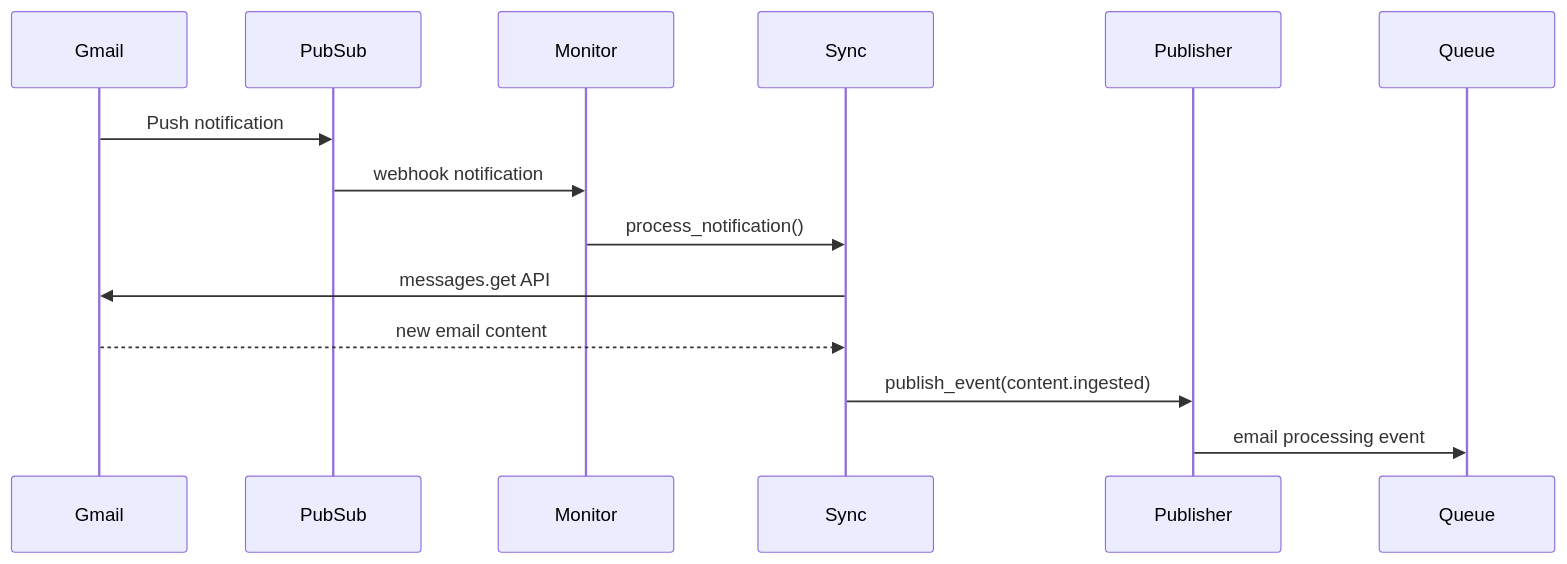
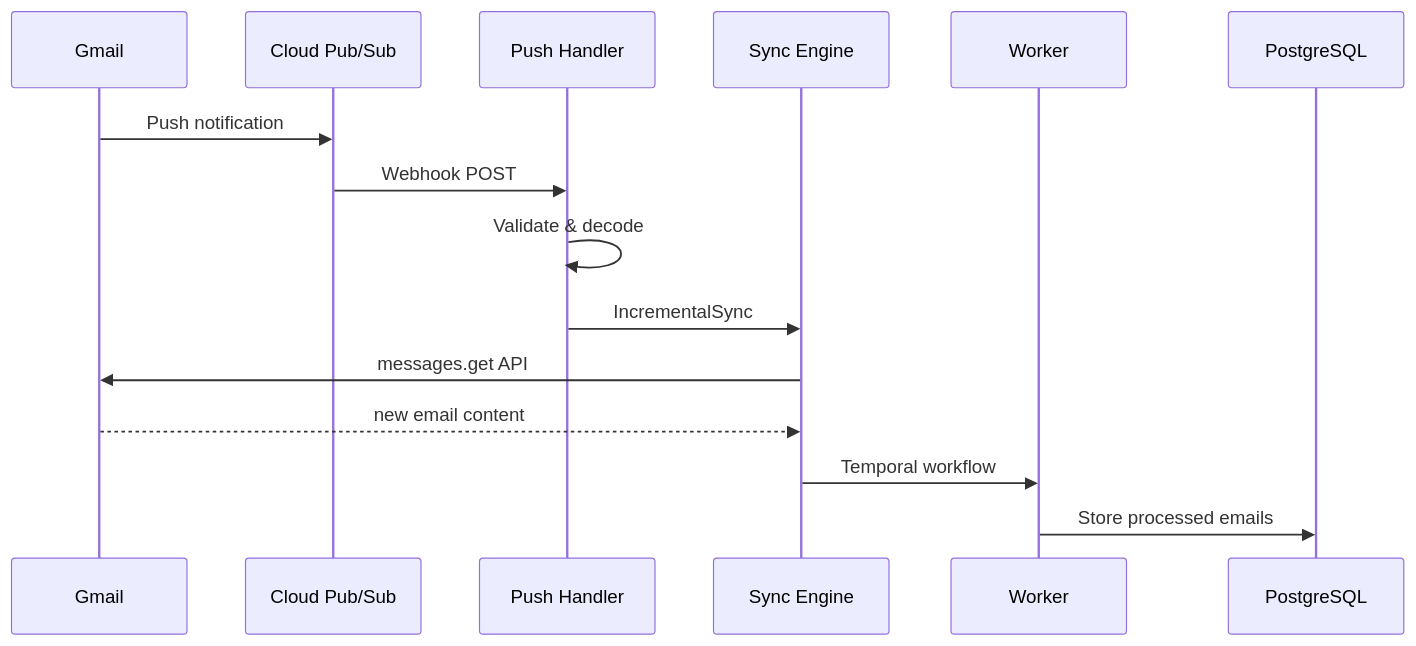
Before and after one commit to otherjamesbrown/penfold: the third of 3 diagrams in docs/gmail-integration/architecture.md, drawn with Mermaid. The commit also changed other lines of this file and 4 other files, not shown here.

````diff
--- a/docs/gmail-integration/architecture.md
+++ b/docs/gmail-integration/architecture.md
@@ -376,17 +469,18 @@
 ```mermaid
 sequenceDiagram
-    participant Gmail
-    participant PubSub
-    participant Monitor
-    participant Sync
-    participant Publisher
-    participant Queue
+    participant Gmail as Gmail
+    participant PubSub as Cloud Pub/Sub
+    participant Handler as Push Handler
+    participant Engine as Sync Engine
+    participant Worker as Worker
+    participant DB as PostgreSQL
 
     Gmail->>PubSub: Push notification
-    PubSub->>Monitor: webhook notification
-    Monitor->>Sync: process_notification()
-    Sync->>Gmail: messages.get API
-    Gmail-->>Sync: new email content
-    Sync->>Publisher: publish_event(content.ingested)
-    Publisher->>Queue: email processing event
+    PubSub->>Handler: Webhook POST
+    Handler->>Handler: Validate & decode
+    Handler->>Engine: IncrementalSync
+    Engine->>Gmail: messages.get API
+    Gmail-->>Engine: new email content
+    Engine->>Worker: Temporal workflow
+    Worker->>DB: Store processed emails
 ```
````
